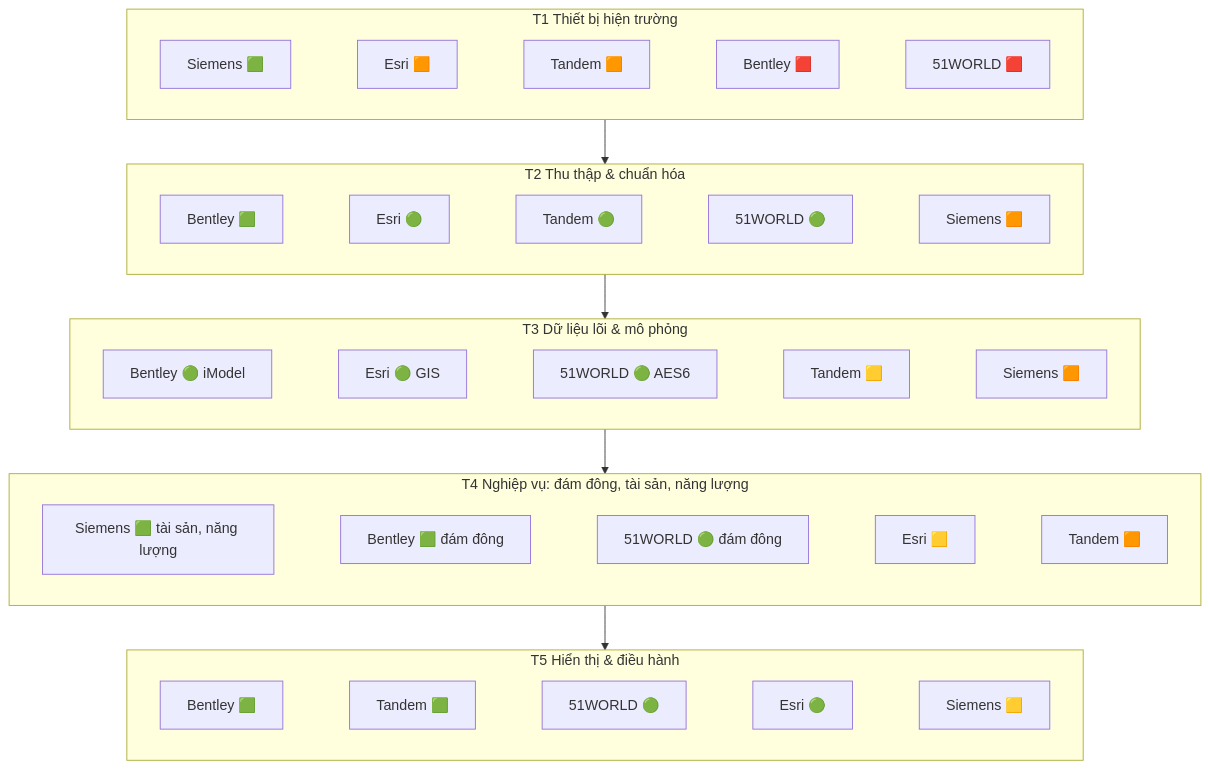
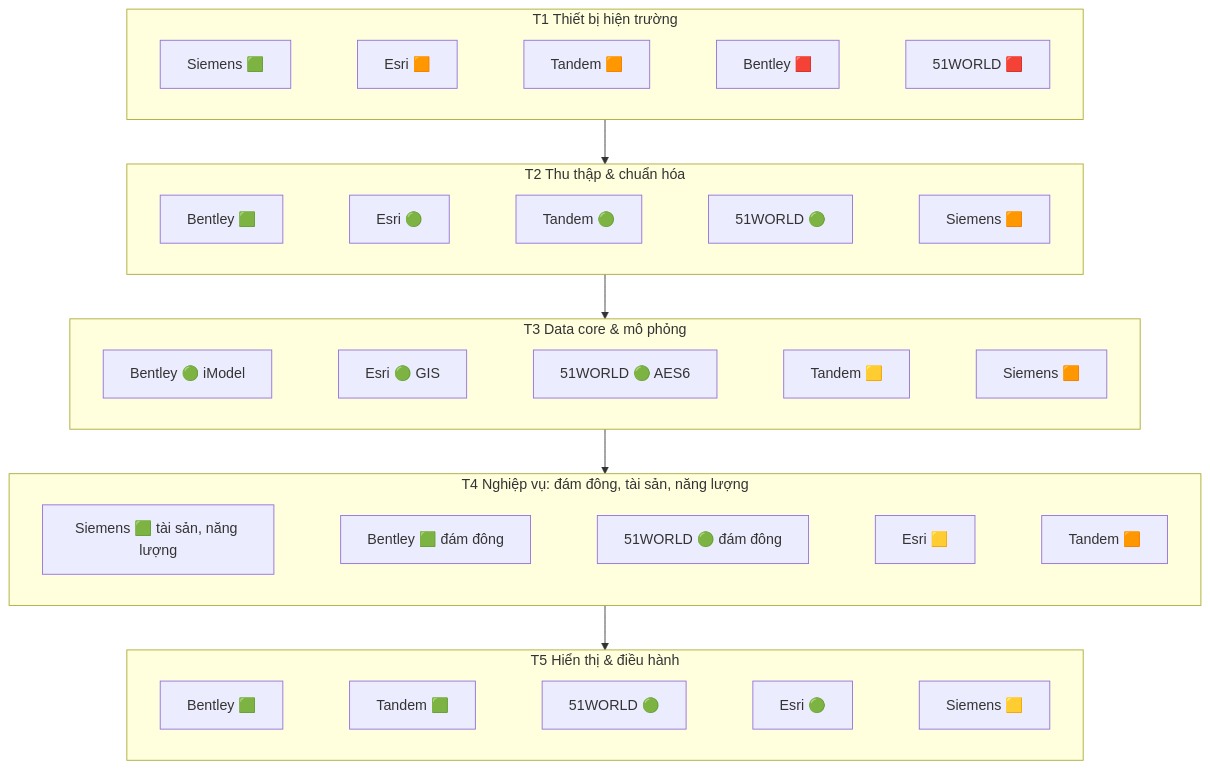
One commit to hoangtrunghieu0025-lab/internship_report changed the fourth of 11 diagrams in bao-cao-benchmark-tong-hop-5-he-sinh-thai.md. Above: the diagram before and after it, drawn with Mermaid. The commit also changed other lines of this file, not shown here.

Commit message:
Use 'core' instead of 'lõi' in benchmark report

````diff
--- a/bao-cao-benchmark-tong-hop-5-he-sinh-thai.md
+++ b/bao-cao-benchmark-tong-hop-5-he-sinh-thai.md
@@ -191,24 +191,24 @@
 ```mermaid
 flowchart TB
     subgraph T5["T5 Hiển thị & điều hành"]
         direction LR
         a5["Bentley 🟩"] ~~~ b5["Tandem 🟩"] ~~~ c5["51WORLD 🟢"] ~~~ d5["Esri 🟢"] ~~~ e5["Siemens 🟨"]
     end
     subgraph T4["T4 Nghiệp vụ: đám đông, tài sản, năng lượng"]
         direction LR
         a4["Siemens 🟩 tài sản, năng lượng"] ~~~ b4["Bentley 🟩 đám đông"] ~~~ c4["51WORLD 🟢 đám đông"] ~~~ d4["Esri 🟨"] ~~~ e4["Tandem 🟧"]
     end
-    subgraph T3["T3 Dữ liệu lõi & mô phỏng"]
+    subgraph T3["T3 Data core & mô phỏng"]
         direction LR
         a3["Bentley 🟢 iModel"] ~~~ b3["Esri 🟢 GIS"] ~~~ c3["51WORLD 🟢 AES6"] ~~~ d3["Tandem 🟨"] ~~~ e3["Siemens 🟧"]
     end
     subgraph T2["T2 Thu thập & chuẩn hóa"]
         direction LR
         a2["Bentley 🟩"] ~~~ b2["Esri 🟢"] ~~~ c2["Tandem 🟢"] ~~~ d2["51WORLD 🟢"] ~~~ e2["Siemens 🟧"]
     end
     subgraph T1["T1 Thiết bị hiện trường"]
         direction LR
         a1["Siemens 🟩"] ~~~ b1["Esri 🟧"] ~~~ c1["Tandem 🟧"] ~~~ d1["Bentley 🟥"] ~~~ e1["51WORLD 🟥"]
     end
     T1 --> T2 --> T3 --> T4 --> T5
 ```
````
